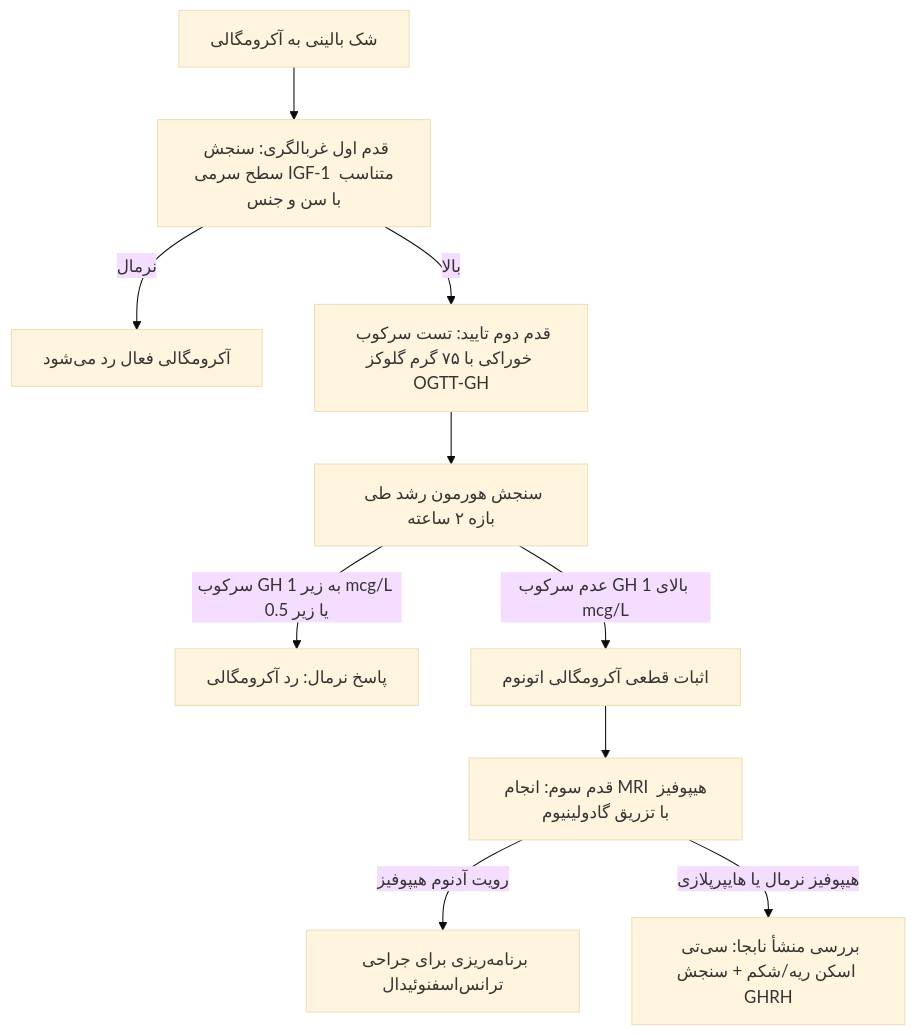
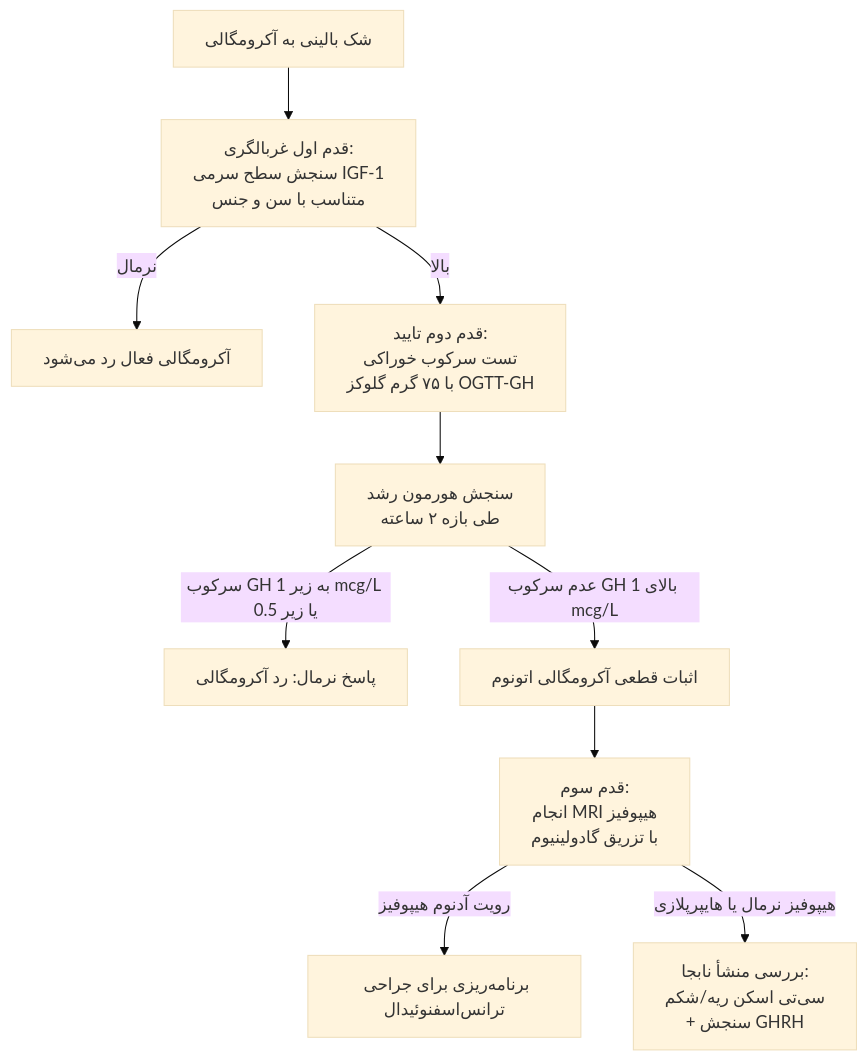
The sixth of 6 diagrams in 07/مبانی غدد/هیپوفیز قدامی و هیپوتالاموس.md (neopulse-hub/TUMS-1402-1-neo), drawn with Mermaid (base theme) before and after one commit. The commit also changed other lines of this file, not shown here.

Commit message:
Update هیپوفیز قدامی و هیپوتالاموس.md

````diff
--- a/07/مبانی غدد/هیپوفیز قدامی و هیپوتالاموس.md
+++ b/07/مبانی غدد/هیپوفیز قدامی و هیپوتالاموس.md
@@ -315,15 +315,15 @@
 ```mermaid
 flowchart TD
-    SuspAcro[شک بالینی به آکرومگالی] --> ScreenIGF1[قدم اول غربالگری: سنجش سطح سرمی IGF-1 متناسب با سن و جنس]
+    SuspAcro[شک بالینی به آکرومگالی] --> ScreenIGF1[قدم اول غربالگری:<br>سنجش سطح سرمی IGF-1<br>متناسب با سن و جنس]
     
     ScreenIGF1 -->|نرمال| ExcludeAcro[آکرومگالی فعال رد می‌شود]
-    ScreenIGF1 -->|بالا| ConfirmOGTT[قدم دوم تایید: تست سرکوب خوراکی با ۷۵ گرم گلوکز OGTT-GH]
+    ScreenIGF1 -->|بالا| ConfirmOGTT[قدم دوم تایید:<br>تست سرکوب خوراکی<br>با ۷۵ گرم گلوکز OGTT-GH]
     
-    ConfirmOGTT --> MeasureGH[سنجش هورمون رشد طی بازه ۲ ساعته]
+    ConfirmOGTT --> MeasureGH[سنجش هورمون رشد<br>طی بازه ۲ ساعته]
     MeasureGH -->|سرکوب GH به زیر 1 mcg/L یا زیر 0.5| NormalSupp[پاسخ نرمال: رد آکرومگالی]
     MeasureGH -->|عدم سرکوب GH بالای 1 mcg/L| DefiniteAcro[اثبات قطعی آکرومگالی اتونوم]
     
-    DefiniteAcro --> PitMRI[قدم سوم: انجام MRI هیپوفیز با تزریق گادولینیوم]
+    DefiniteAcro --> PitMRI[قدم سوم:<br>انجام MRI هیپوفیز<br>با تزریق گادولینیوم]
     PitMRI -->|رویت آدنوم هیپوفیز| LocalPlan[برنامه‌ریزی برای جراحی ترانس‌اسفنوئیدال]
-    PitMRI -->|هیپوفیز نرمال یا هایپرپلازی| WorkupEctopic[بررسی منشأ نابجا: سی‌تی اسکن ریه/شکم + سنجش GHRH]
+    PitMRI -->|هیپوفیز نرمال یا هایپرپلازی| WorkupEctopic[بررسی منشأ نابجا:<br>سی‌تی اسکن ریه/شکم<br>+ سنجش GHRH]
 ```
````
